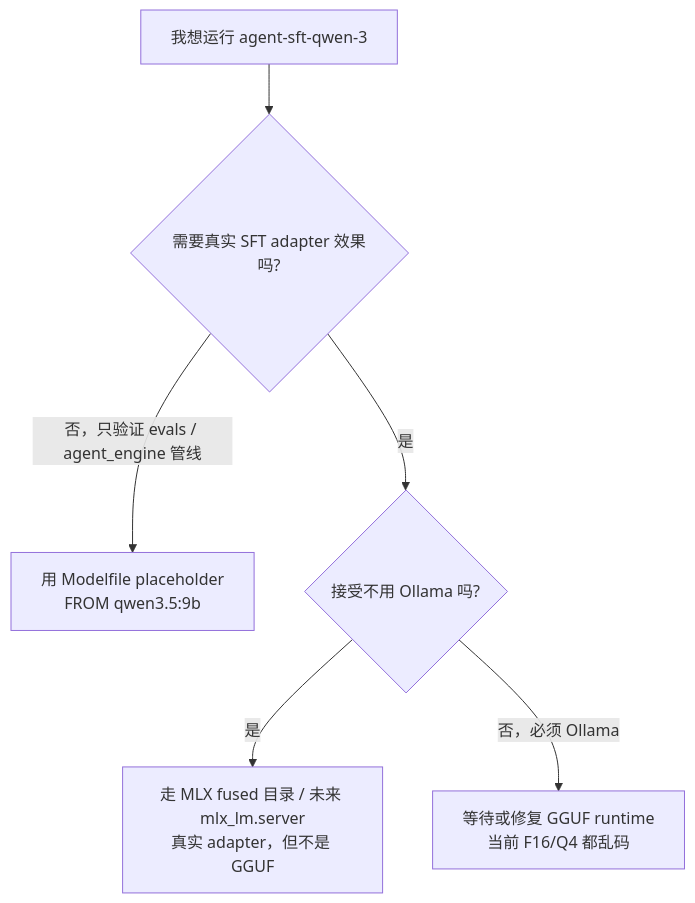
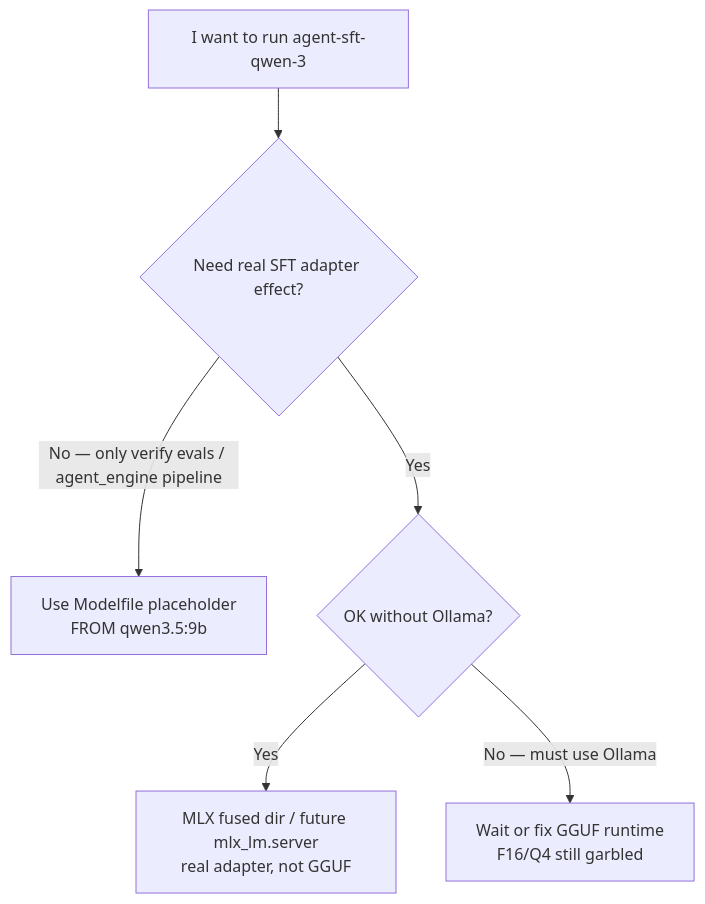
One commit to AndyUneducated/alchemy changed the first of 2 diagrams in play/agent_sft/deploy/README.md. Above: the diagram before and after it, drawn with Mermaid. The commit also changed other lines of this file and 197 other files, not shown here.

````diff
--- a/play/agent_sft/deploy/README.md
+++ b/play/agent_sft/deploy/README.md
@@ -15,8 +15,8 @@
 ```mermaid
 flowchart TB
-    start["我想运行 agent-sft-qwen-3"] --> need{"需要真实 SFT adapter 效果吗?"}
-    need -->|"否，只验证 evals / agent_engine 管线"| placeholder["用 Modelfile placeholder<br/>FROM qwen3.5:9b"]
-    need -->|"是"| runtime{"接受不用 Ollama 吗?"}
-    runtime -->|"是"| mlx["走 MLX fused 目录 / 未来 mlx_lm.server<br/>真实 adapter，但不是 GGUF"]
-    runtime -->|"否，必须 Ollama"| blocked["等待或修复 GGUF runtime<br/>当前 F16/Q4 都乱码"]
+    start["I want to run agent-sft-qwen-3"] --> need{"Need real SFT adapter effect?"}
+    need -->|"No — only verify evals / agent_engine pipeline"| placeholder["Use Modelfile placeholder<br/>FROM qwen3.5:9b"]
+    need -->|"Yes"| runtime{"OK without Ollama?"}
+    runtime -->|"Yes"| mlx["MLX fused dir / future mlx_lm.server<br/>real adapter, not GGUF"]
+    runtime -->|"No — must use Ollama"| blocked["Wait or fix GGUF runtime<br/>F16/Q4 still garbled"]
 ```
````
